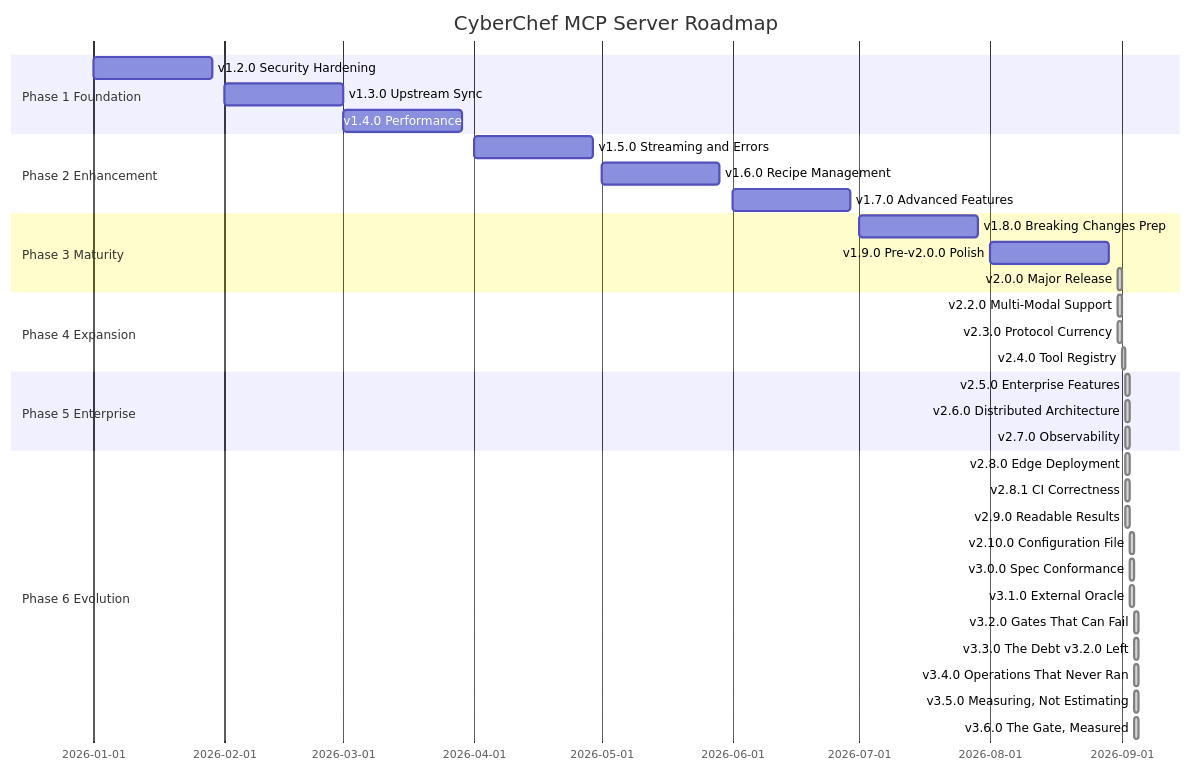
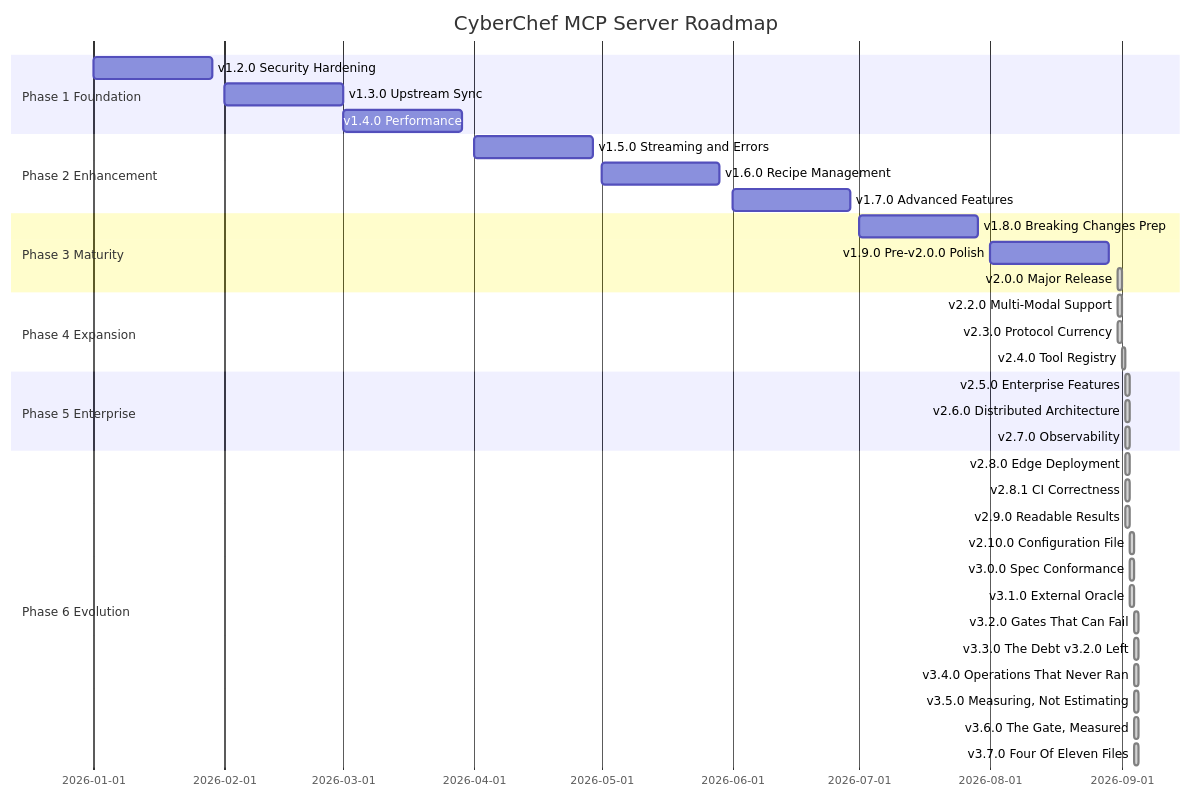
One commit to doublegate/CyberChef-MCP changed the diagram in docs/planning/ROADMAP.md. Above: the diagram before and after it, drawn with Mermaid. The commit also changed other lines of this file and 21 other files, not shown here.

First line of the commit message:
v3.7.0: the gate that checked four of eleven files (#121)

````diff
--- a/docs/planning/ROADMAP.md
+++ b/docs/planning/ROADMAP.md
@@ -67,37 +67,38 @@
 ```mermaid
 gantt
     title CyberChef MCP Server Roadmap
     dateFormat YYYY-MM-DD
     section Phase 1 Foundation
     v1.2.0 Security Hardening           :2026-01-01, 4w
     v1.3.0 Upstream Sync                :2026-02-01, 4w
     v1.4.0 Performance                  :2026-03-01, 4w
     section Phase 2 Enhancement
     v1.5.0 Streaming and Errors         :2026-04-01, 4w
     v1.6.0 Recipe Management            :2026-05-01, 4w
     v1.7.0 Advanced Features            :2026-06-01, 4w
     section Phase 3 Maturity
     v1.8.0 Breaking Changes Prep        :2026-07-01, 4w
     v1.9.0 Pre-v2.0.0 Polish            :2026-08-01, 4w
     v2.0.0 Major Release                :done, 2026-08-31, 1d
     section Phase 4 Expansion
     v2.2.0 Multi-Modal Support          :done, 2026-08-31, 1d
     v2.3.0 Protocol Currency            :done, 2026-08-31, 1d
     v2.4.0 Tool Registry                :done, 2026-09-01, 1d
     section Phase 5 Enterprise
     v2.5.0 Enterprise Features          :done, 2026-09-02, 1d
     v2.6.0 Distributed Architecture     :done, 2026-09-02, 1d
     v2.7.0 Observability                :done, 2026-09-02, 1d
     section Phase 6 Evolution
     v2.8.0 Edge Deployment              :done, 2026-09-02, 1d
     v2.8.1 CI Correctness               :done, 2026-09-02, 1d
     v2.9.0 Readable Results             :done, 2026-09-02, 1d
     v2.10.0 Configuration File          :done, 2026-09-03, 1d
     v3.0.0 Spec Conformance             :done, 2026-09-03, 1d
     v3.1.0 External Oracle              :done, 2026-09-03, 1d
     v3.2.0 Gates That Can Fail          :done, 2026-09-04, 1d
     v3.3.0 The Debt v3.2.0 Left         :done, 2026-09-04, 1d
     v3.4.0 Operations That Never Ran    :done, 2026-09-04, 1d
     v3.5.0 Measuring, Not Estimating    :done, 2026-09-04, 1d
     v3.6.0 The Gate, Measured          :done, 2026-09-04, 1d
+    v3.7.0 Four Of Eleven Files        :done, 2026-09-04, 1d
 ```
````
